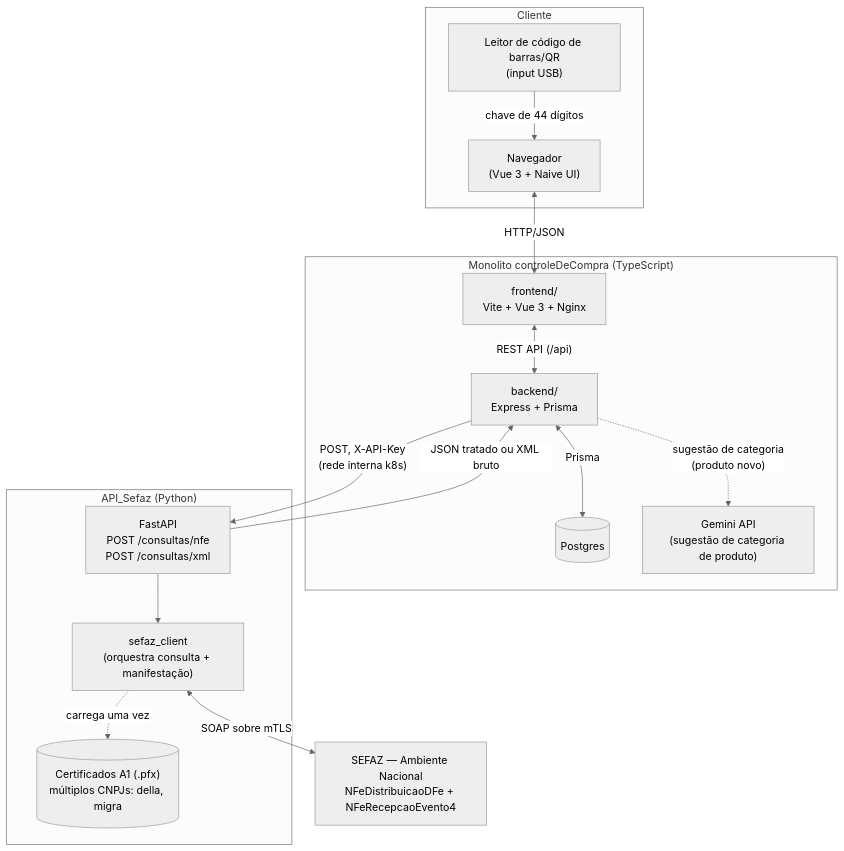
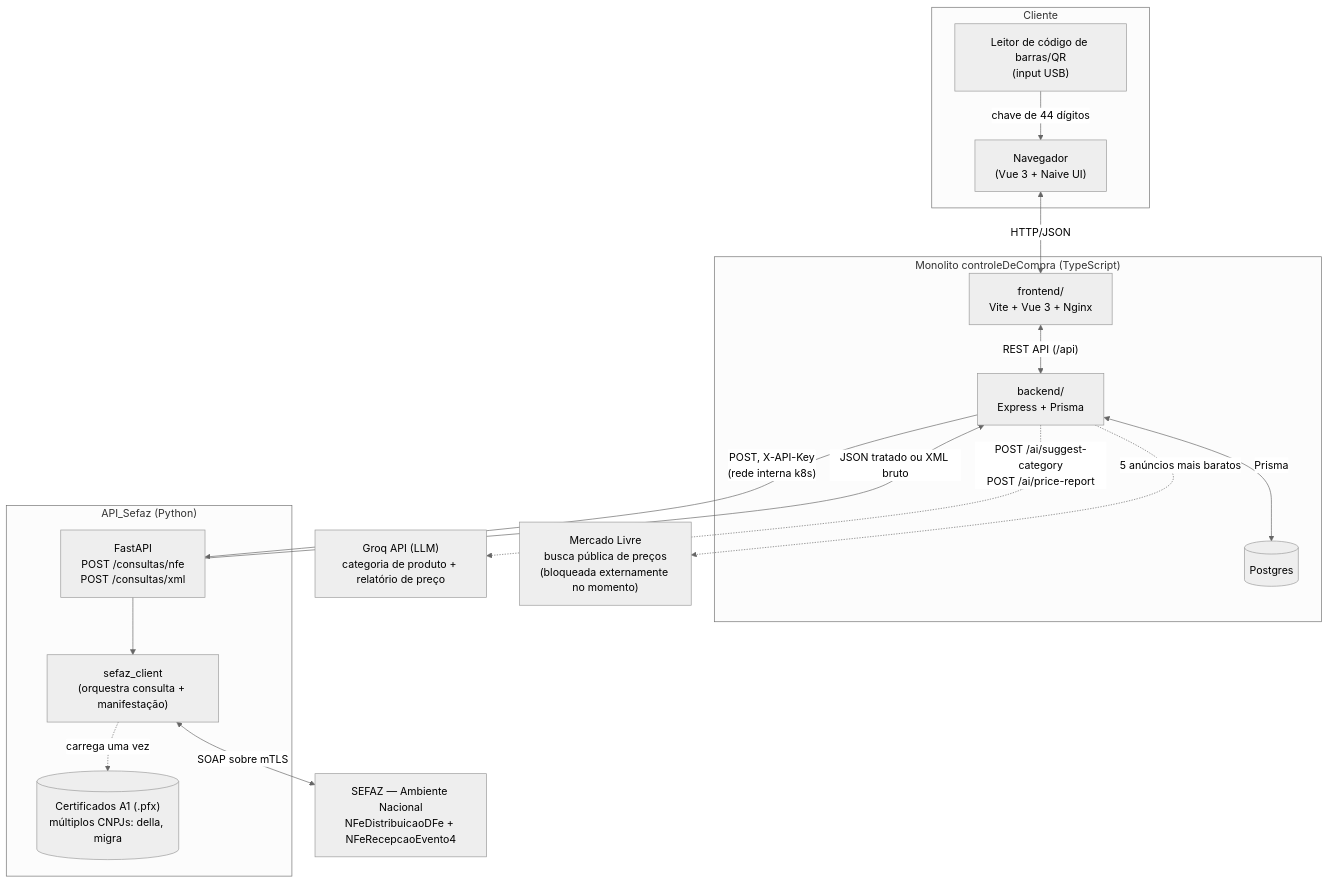
Before and after one commit to tiagogdella/API_Sefaz_CCD: the first of 4 diagrams in docs/arquitetura-geral.md, drawn with Mermaid (neutral theme). The commit also changed other lines of this file, not shown here.

First line of the commit message:
docs: atualiza arquitetura com IA (Groq) e Mercado Livre

````diff
--- a/docs/arquitetura-geral.md
+++ b/docs/arquitetura-geral.md
@@ -10,33 +10,35 @@
 ```mermaid
 flowchart TB
     subgraph Cliente
         Browser["Navegador\n(Vue 3 + Naive UI)"]
         Scanner["Leitor de código de barras/QR\n(input USB)"]
     end
 
     subgraph controleDeCompra["Monolito controleDeCompra (TypeScript)"]
         Frontend["frontend/\nVite + Vue 3 + Nginx"]
         Backend["backend/\nExpress + Prisma"]
         Postgres[("Postgres")]
-        AI["Gemini API\n(sugestão de categoria de produto)"]
     end
 
     subgraph API_Sefaz["API_Sefaz (Python)"]
         FastAPI["FastAPI\nPOST /consultas/nfe\nPOST /consultas/xml"]
         SefazClient["sefaz_client\n(orquestra consulta + manifestação)"]
         Certs[("Certificados A1 (.pfx)\nmúltiplos CNPJs: della, migra")]
     end
 
     SEFAZ["SEFAZ — Ambiente Nacional\nNFeDistribuicaoDFe + NFeRecepcaoEvento4"]
+    Groq["Groq API (LLM)\ncategoria de produto + relatório de preço"]
+    MercadoLivre["Mercado Livre\nbusca pública de preços\n(bloqueada externamente no momento)"]
 
     Scanner -->|"chave de 44 dígitos"| Browser
     Browser <-->|HTTP/JSON| Frontend
     Frontend <-->|"REST API (/api)"| Backend
     Backend <-->|Prisma| Postgres
-    Backend -.->|"sugestão de categoria\n(produto novo)"| AI
+    Backend -.->|"POST /ai/suggest-category\nPOST /ai/price-report"| Groq
+    Backend -.->|"5 anúncios mais baratos"| MercadoLivre
     Backend -->|"POST, X-API-Key\n(rede interna k8s)"| FastAPI
     FastAPI --> SefazClient
     SefazClient -.->|carrega uma vez| Certs
     SefazClient <-->|"SOAP sobre mTLS"| SEFAZ
     FastAPI -->|"JSON tratado ou XML bruto"| Backend
 ```
````
